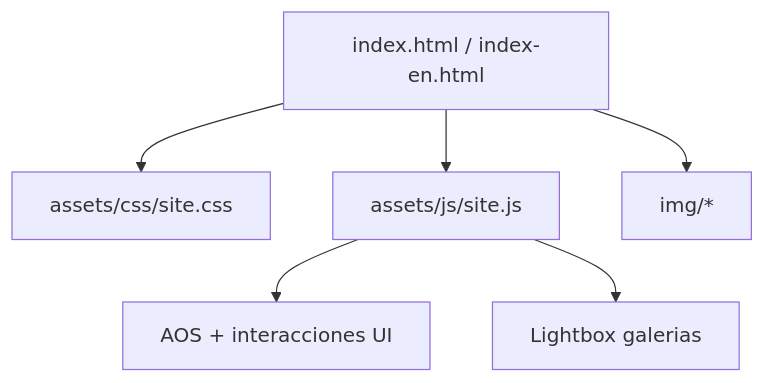
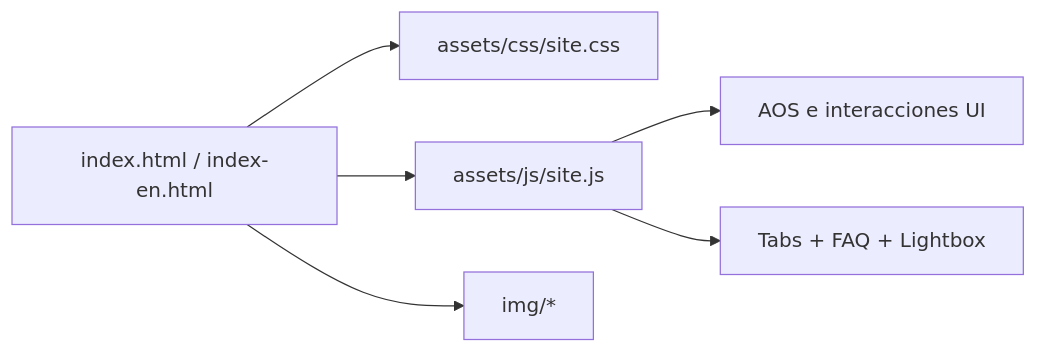
The diagram in README.md (MaickR/vientre_divino), drawn with Mermaid before and after one commit. The commit also changed other lines of this file and 3 other files, not shown here.

````diff
--- a/README.md
+++ b/README.md
@@ -34,8 +42,8 @@
 ```mermaid
-flowchart TD
-		A[index.html / index-en.html] --> B[assets/css/site.css]
-		A --> C[assets/js/site.js]
-		A --> D[img/*]
-		C --> E[AOS + interacciones UI]
-		C --> F[Lightbox galerias]
+flowchart LR
+  A[index.html / index-en.html] --> B[assets/css/site.css]
+  A --> C[assets/js/site.js]
+  A --> D[img/*]
+  C --> E[AOS e interacciones UI]
+  C --> F[Tabs + FAQ + Lightbox]
 ```
````
